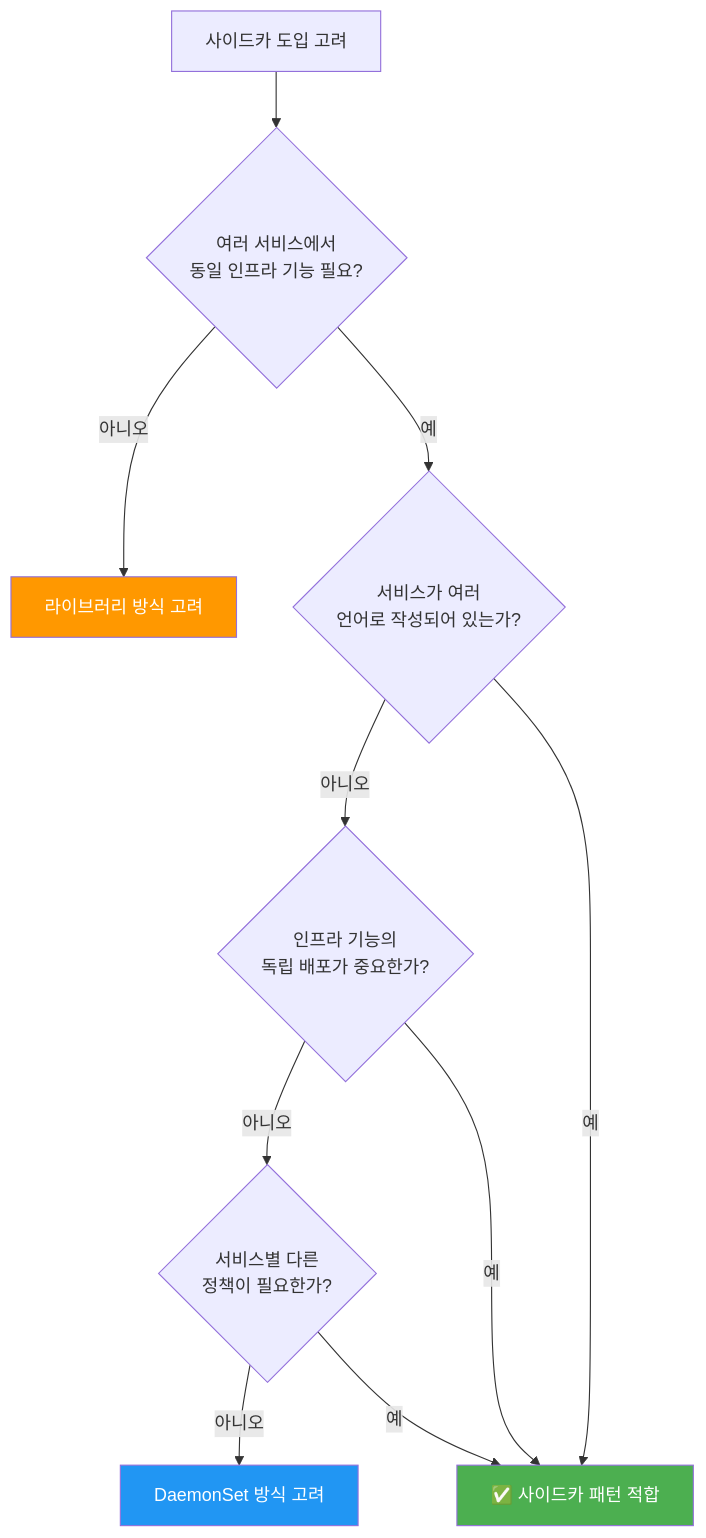
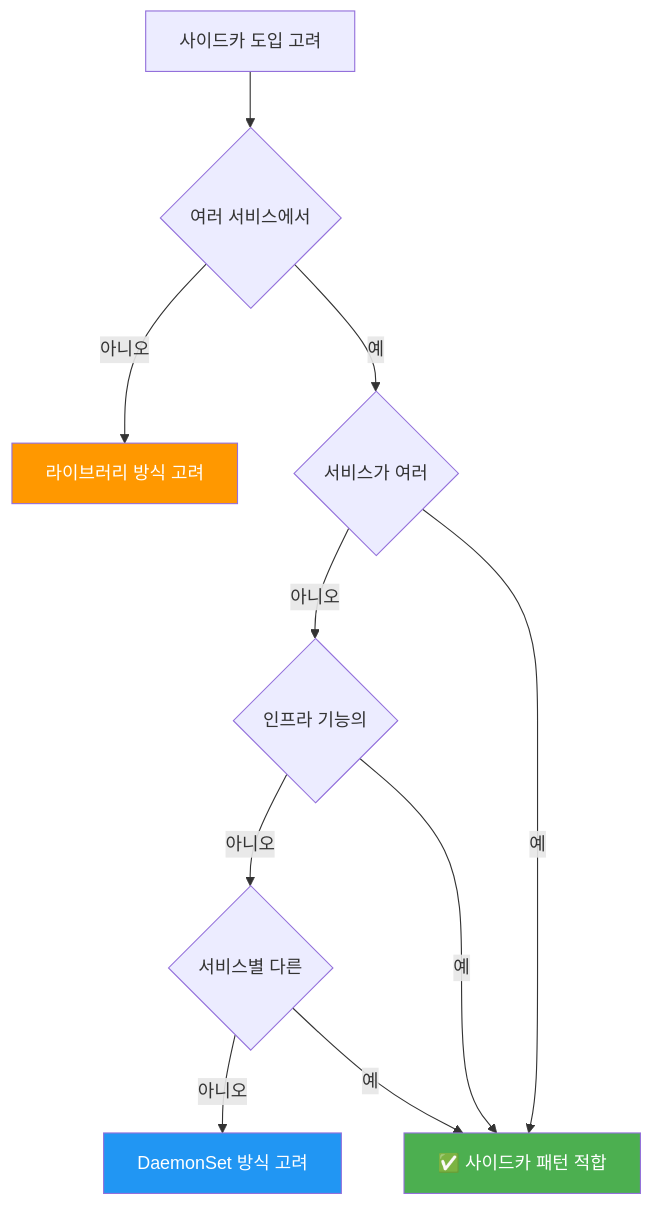
The eighth of 8 diagrams in _posts/architecture/2026-05-02-sidecar-pattern.md (yjkim2015/yjkim2015.github.io), drawn with Mermaid before and after one commit. The commit also changed other lines of this file and 217 other files, not shown here.

First line of the commit message:
Mermaid 크기 수정: useMaxWidth:true + SVG max-width:100% + 라벨 축소

````diff
--- a/_posts/architecture/2026-05-02-sidecar-pattern.md
+++ b/_posts/architecture/2026-05-02-sidecar-pattern.md
@@ -894,15 +894,15 @@
 ```mermaid
 graph TD
-    Start["사이드카 도입 고려"] --> Q1{"여러 서비스에서\n동일 인프라 기능 필요?"}
+    Start["사이드카 도입 고려"] --> Q1{"여러 서비스에서"}
     Q1 -- "아니오" --> NoSidecar["라이브러리 방식 고려"]
-    Q1 -- "예" --> Q2{"서비스가 여러\n언어로 작성되어 있는가?"}
-    Q2 -- "아니오" --> Q3{"인프라 기능의\n독립 배포가 중요한가?"}
+    Q1 -- "예" --> Q2{"서비스가 여러"}
+    Q2 -- "아니오" --> Q3{"인프라 기능의"}
     Q2 -- "예" --> UseSidecar["✅ 사이드카 패턴 적합"]
-    Q3 -- "아니오" --> Q4{"서비스별 다른\n정책이 필요한가?"}
+    Q3 -- "아니오" --> Q4{"서비스별 다른"}
     Q3 -- "예" --> UseSidecar
     Q4 -- "아니오" --> DaemonSet["DaemonSet 방식 고려"]
     Q4 -- "예" --> UseSidecar
     style UseSidecar fill:#4CAF50,color:#fff
     style NoSidecar fill:#FF9800,color:#fff
     style DaemonSet fill:#2196F3,color:#fff
 ```
````
